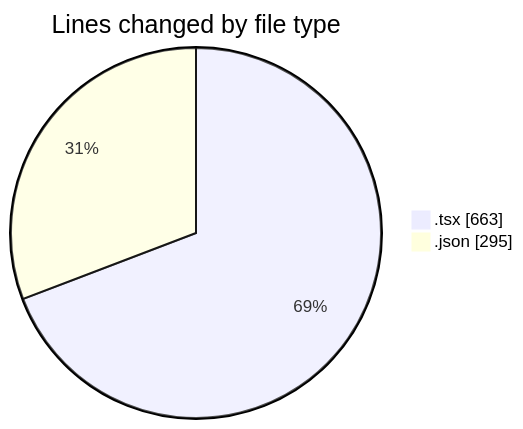
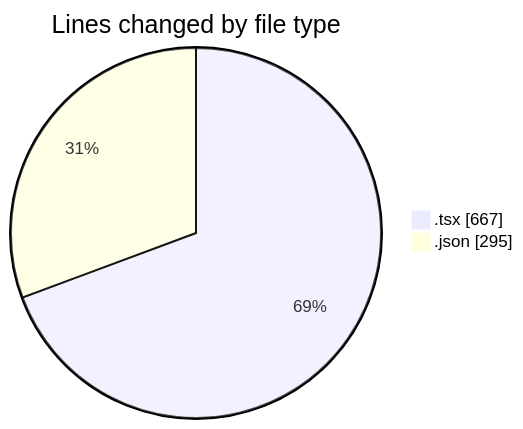
Before and after one commit to julien-gomy/code-tracking: the first of 2 diagrams in 2025-10-11/eventscop-frontend-guide__workspace_/README.md, drawn with Mermaid. The commit also changed other lines of this file and 1 other file, not shown here.

````diff
--- a/2025-10-11/eventscop-frontend-guide__workspace_/README.md
+++ b/2025-10-11/eventscop-frontend-guide__workspace_/README.md
@@ -25,6 +26,6 @@
 ```mermaid
 pie showData
 title Lines changed by file type
-".tsx" : 663
+".tsx" : 667
 ".json" : 295
 ```
````
